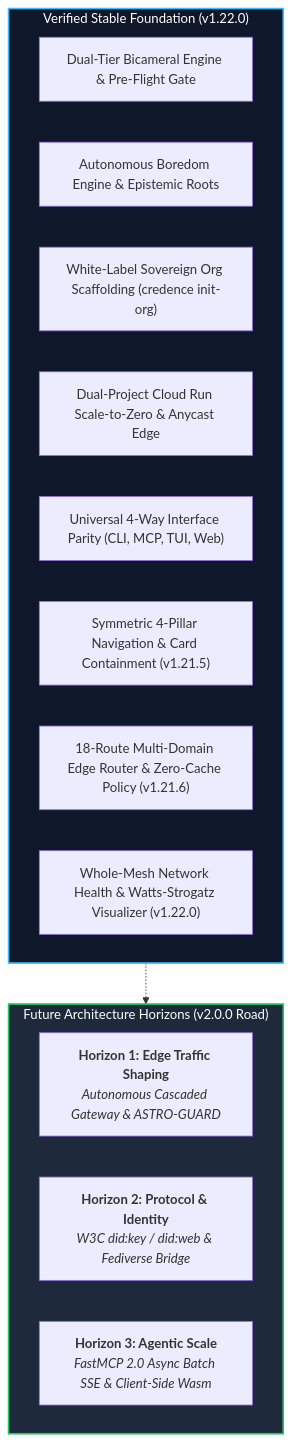
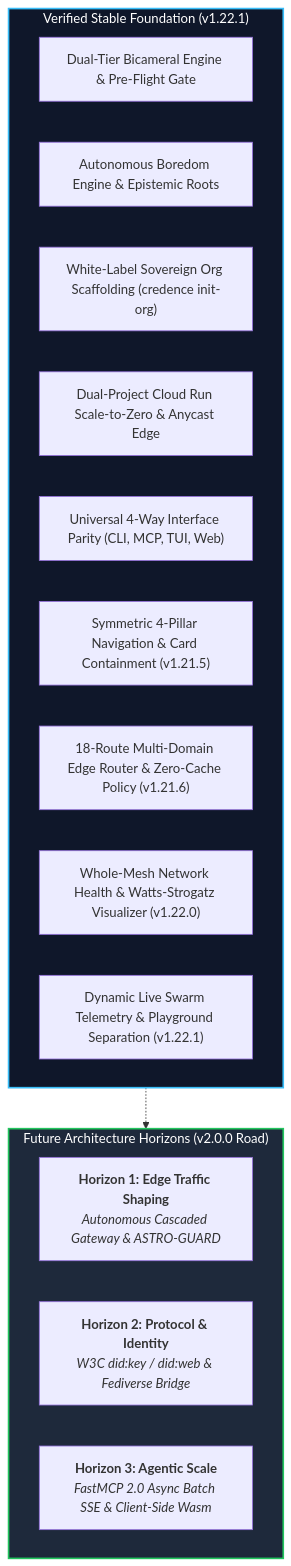
One commit to artibyrd/credence-docs changed the diagram in docs/roadmap.md. Above: the diagram before and after it, drawn with Mermaid. The commit also changed other lines of this file and 6 other files, not shown here.

Commit message:
feat(mesh): release v1.22.1 - dynamic live swarm telemetry, radar observatory & playground separation

````diff
--- a/docs/roadmap.md
+++ b/docs/roadmap.md
@@ -32,26 +32,28 @@
 ```mermaid
 flowchart TD
-    subgraph Foundation["Verified Stable Foundation (v1.22.0)"]
+    subgraph Foundation["Verified Stable Foundation (v1.22.1)"]
         F1["Dual-Tier Bicameral Engine & Pre-Flight Gate"]
         F2["Autonomous Boredom Engine & Epistemic Roots"]
         F3["White-Label Sovereign Org Scaffolding (credence init-org)"]
         F4["Dual-Project Cloud Run Scale-to-Zero & Anycast Edge"]
         F5["Universal 4-Way Interface Parity (CLI, MCP, TUI, Web)"]
         F6["Symmetric 4-Pillar Navigation & Card Containment (v1.21.5)"]
         F7["18-Route Multi-Domain Edge Router & Zero-Cache Policy (v1.21.6)"]
         F8["Whole-Mesh Network Health & Watts-Strogatz Visualizer (v1.22.0)"]
+        F9["Dynamic Live Swarm Telemetry & Playground Separation (v1.22.1)"]
     end
+
 
     subgraph Horizons["Future Architecture Horizons (v2.0.0 Road)"]
         H1["<b>Horizon 1: Edge Traffic Shaping</b><br/><i>Autonomous Cascaded Gateway & ASTRO-GUARD</i>"]
         H2["<b>Horizon 2: Protocol & Identity</b><br/><i>W3C did:key / did:web & Fediverse Bridge</i>"]
         H3["<b>Horizon 3: Agentic Scale</b><br/><i>FastMCP 2.0 Async Batch SSE & Client-Side Wasm</i>"]
     end
 
     Foundation -.-> Horizons
 
     classDef darkSlate fill:#0f172a,stroke:#38bdf8,stroke-width:2px,color:#fff;
     classDef highlight fill:#1e293b,stroke:#22c55e,stroke-width:2px,color:#fff;
     class Foundation darkSlate;
     class Horizons highlight;
 ```
````
